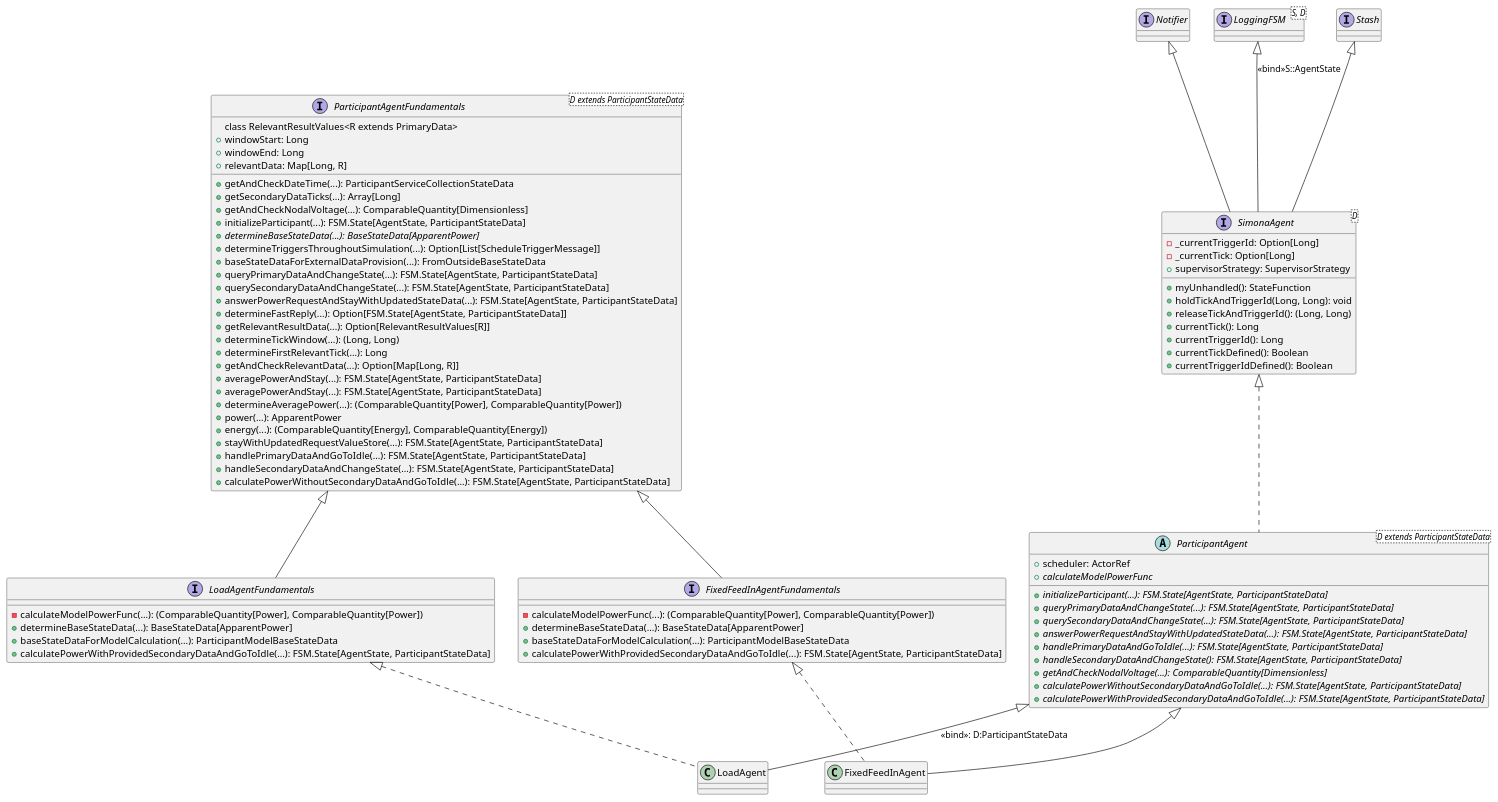
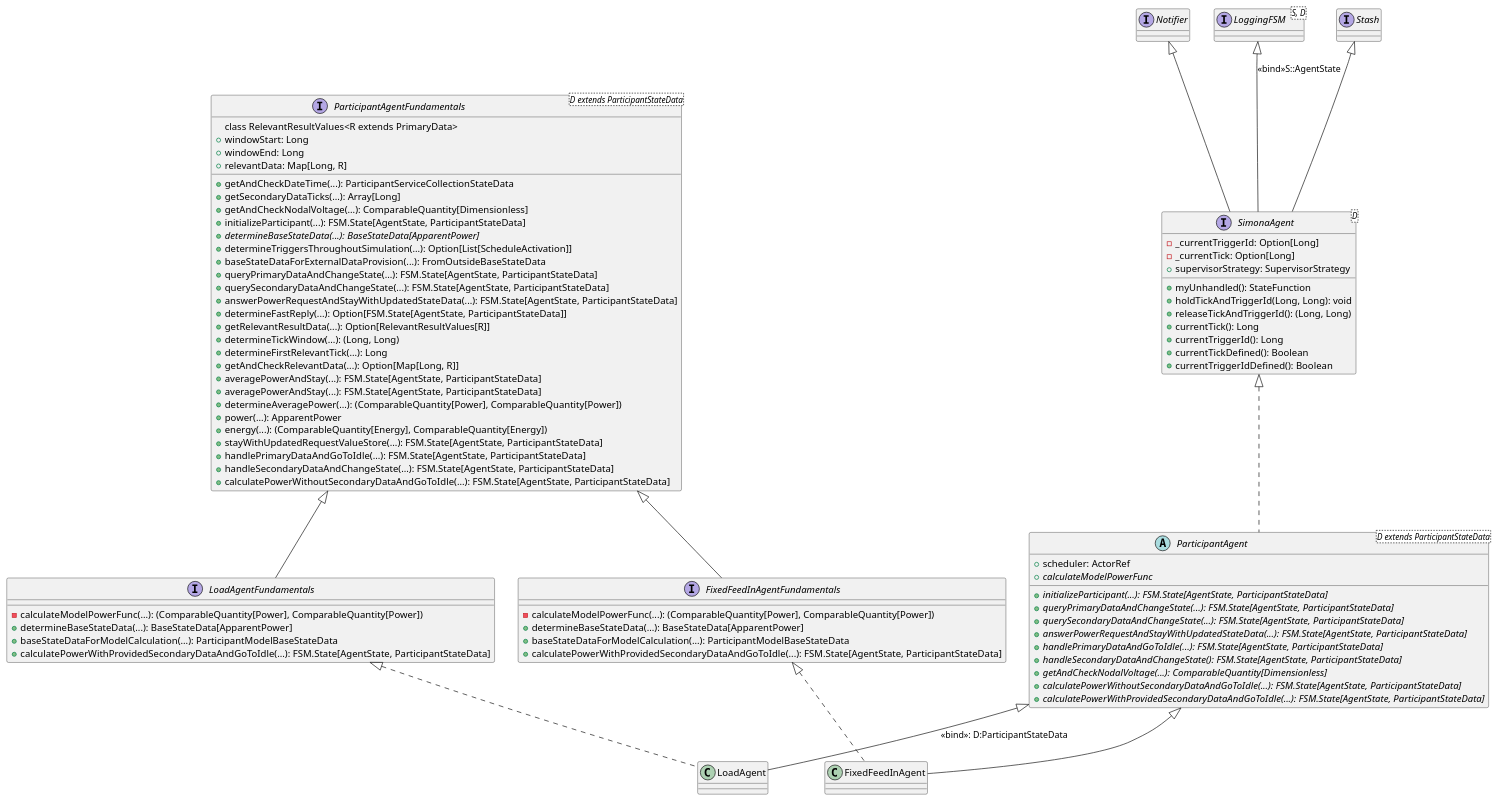
The diagram in docs/uml/main/ParticipantInheritance.puml (ie3-institute/simona), drawn with PlantUML before and after one commit. The commit also changed 6 other files, not shown here.

Commit message:
Renamed UML variables ActivityStartTrigger, ScheduleTriggerMessage, CompletionMessage

```diff
--- a/docs/uml/main/ParticipantInheritance.puml
+++ b/docs/uml/main/ParticipantInheritance.puml
@@ -1,92 +1,92 @@
 @startuml
  interface Notifier
  interface LoggingFSM<S, D>
  interface Stash
 
  interface SimonaAgent<D> {
     - _currentTriggerId: Option[Long]
     - _currentTick: Option[Long]
     + supervisorStrategy: SupervisorStrategy
     + myUnhandled(): StateFunction
     + holdTickAndTriggerId(Long, Long): void
     + releaseTickAndTriggerId(): (Long, Long)
     + currentTick(): Long
     + currentTriggerId(): Long
     + currentTickDefined(): Boolean
     + currentTriggerIdDefined(): Boolean
  }
 
  Stash <|-- SimonaAgent
  LoggingFSM <|-- SimonaAgent: <<bind>>S::AgentState
  Notifier <|-- SimonaAgent
 
  interface ParticipantAgentFundamentals<D extends ParticipantStateData> {
     + getAndCheckDateTime(...): ParticipantServiceCollectionStateData
     + getSecondaryDataTicks(...): Array[Long]
     + getAndCheckNodalVoltage(...): ComparableQuantity[Dimensionless]
     + initializeParticipant(...): FSM.State[AgentState, ParticipantStateData]
     + {abstract} determineBaseStateData(...): BaseStateData[ApparentPower]
-    + determineTriggersThroughoutSimulation(...): Option[List[ScheduleTriggerMessage]]
+    + determineTriggersThroughoutSimulation(...): Option[List[ScheduleActivation]]
     + baseStateDataForExternalDataProvision(...): FromOutsideBaseStateData
     + queryPrimaryDataAndChangeState(...): FSM.State[AgentState, ParticipantStateData]
     + querySecondaryDataAndChangeState(...): FSM.State[AgentState, ParticipantStateData]
     + answerPowerRequestAndStayWithUpdatedStateData(...): FSM.State[AgentState, ParticipantStateData]
     + determineFastReply(...): Option[FSM.State[AgentState, ParticipantStateData]]
     + getRelevantResultData(...): Option[RelevantResultValues[R]]
     + determineTickWindow(...): (Long, Long)
     + determineFirstRelevantTick(...): Long
     + getAndCheckRelevantData(...): Option[Map[Long, R]]
     + averagePowerAndStay(...): FSM.State[AgentState, ParticipantStateData]
     + averagePowerAndStay(...): FSM.State[AgentState, ParticipantStateData]
     + determineAveragePower(...): (ComparableQuantity[Power], ComparableQuantity[Power])
     + power(...): ApparentPower
     + energy(...): (ComparableQuantity[Energy], ComparableQuantity[Energy])
     + stayWithUpdatedRequestValueStore(...): FSM.State[AgentState, ParticipantStateData]
     + handlePrimaryDataAndGoToIdle(...): FSM.State[AgentState, ParticipantStateData]
     + handleSecondaryDataAndChangeState(...): FSM.State[AgentState, ParticipantStateData]
     + calculatePowerWithoutSecondaryDataAndGoToIdle(...): FSM.State[AgentState, ParticipantStateData]
     class RelevantResultValues<R extends PrimaryData>
         + windowStart: Long
         + windowEnd: Long
         + relevantData: Map[Long, R]
  }
 
  interface LoadAgentFundamentals {
     - calculateModelPowerFunc(...): (ComparableQuantity[Power], ComparableQuantity[Power])
     + determineBaseStateData(...): BaseStateData[ApparentPower]
     + baseStateDataForModelCalculation(...): ParticipantModelBaseStateData
     + calculatePowerWithProvidedSecondaryDataAndGoToIdle(...): FSM.State[AgentState, ParticipantStateData]
  }
 
  interface FixedFeedInAgentFundamentals {
     - calculateModelPowerFunc(...): (ComparableQuantity[Power], ComparableQuantity[Power])
     + determineBaseStateData(...): BaseStateData[ApparentPower]
     + baseStateDataForModelCalculation(...): ParticipantModelBaseStateData
     + calculatePowerWithProvidedSecondaryDataAndGoToIdle(...): FSM.State[AgentState, ParticipantStateData]
  }
 
  abstract class ParticipantAgent<D extends ParticipantStateData> {
     + scheduler: ActorRef
     + {abstract} calculateModelPowerFunc
     + {abstract} initializeParticipant(...): FSM.State[AgentState, ParticipantStateData]
     + {abstract} queryPrimaryDataAndChangeState(...): FSM.State[AgentState, ParticipantStateData]
     + {abstract} querySecondaryDataAndChangeState(...): FSM.State[AgentState, ParticipantStateData]
     + {abstract} answerPowerRequestAndStayWithUpdatedStateData(...): FSM.State[AgentState, ParticipantStateData]
     + {abstract} handlePrimaryDataAndGoToIdle(...): FSM.State[AgentState, ParticipantStateData]
     + {abstract} handleSecondaryDataAndChangeState(): FSM.State[AgentState, ParticipantStateData]
     + {abstract} getAndCheckNodalVoltage(...): ComparableQuantity[Dimensionless]
     + {abstract} calculatePowerWithoutSecondaryDataAndGoToIdle(...): FSM.State[AgentState, ParticipantStateData]
     + {abstract} calculatePowerWithProvidedSecondaryDataAndGoToIdle(...): FSM.State[AgentState, ParticipantStateData]
  }
  SimonaAgent <|.. ParticipantAgent
 
  Class LoadAgent
  ParticipantAgent <|-- LoadAgent: <<bind>>: D:ParticipantStateData
  LoadAgentFundamentals <|.. LoadAgent
 
  Class FixedFeedInAgent
  ParticipantAgent <|-- FixedFeedInAgent
  ParticipantAgentFundamentals <|-- LoadAgentFundamentals
  ParticipantAgentFundamentals <|-- FixedFeedInAgentFundamentals
  FixedFeedInAgentFundamentals <|.. FixedFeedInAgent
 @enduml
```
